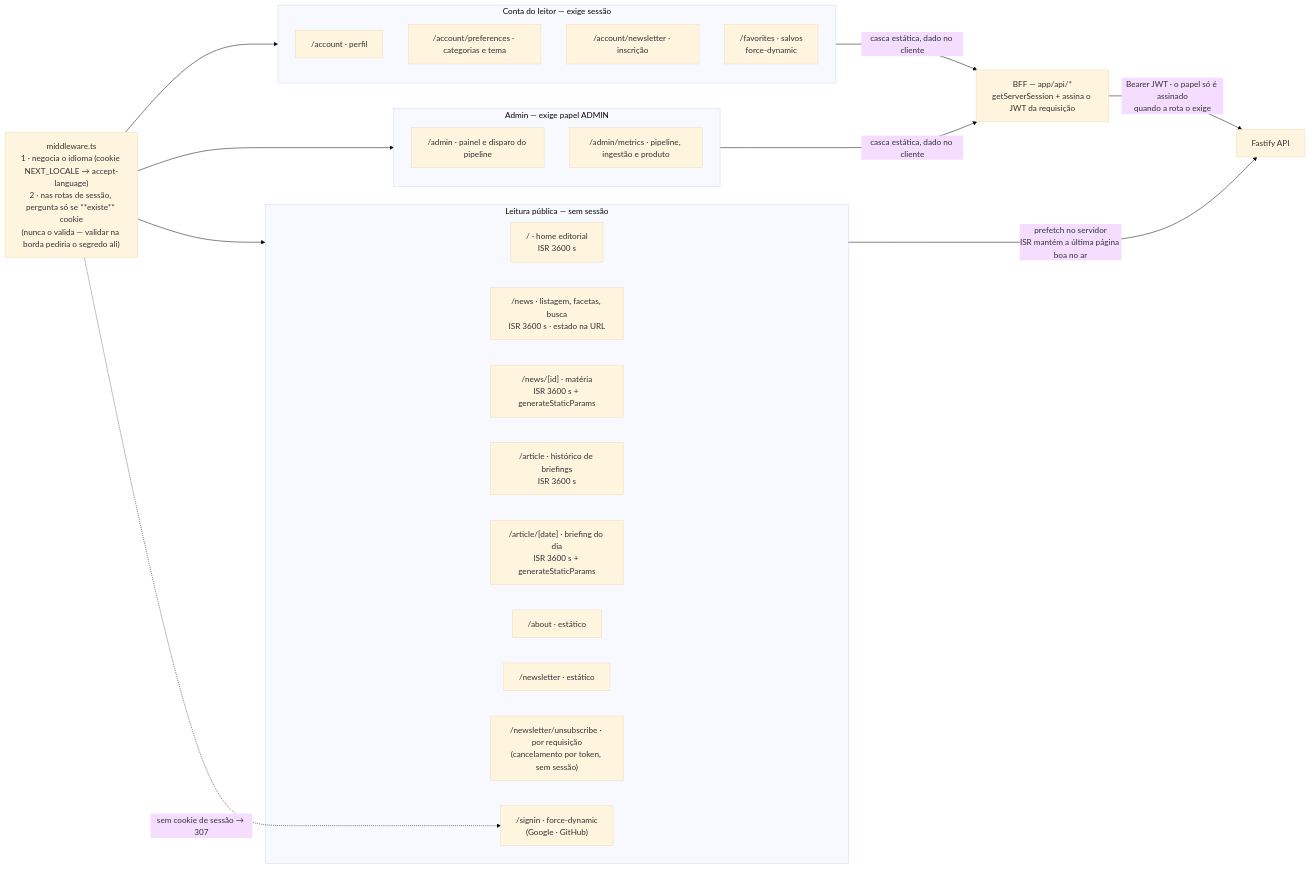
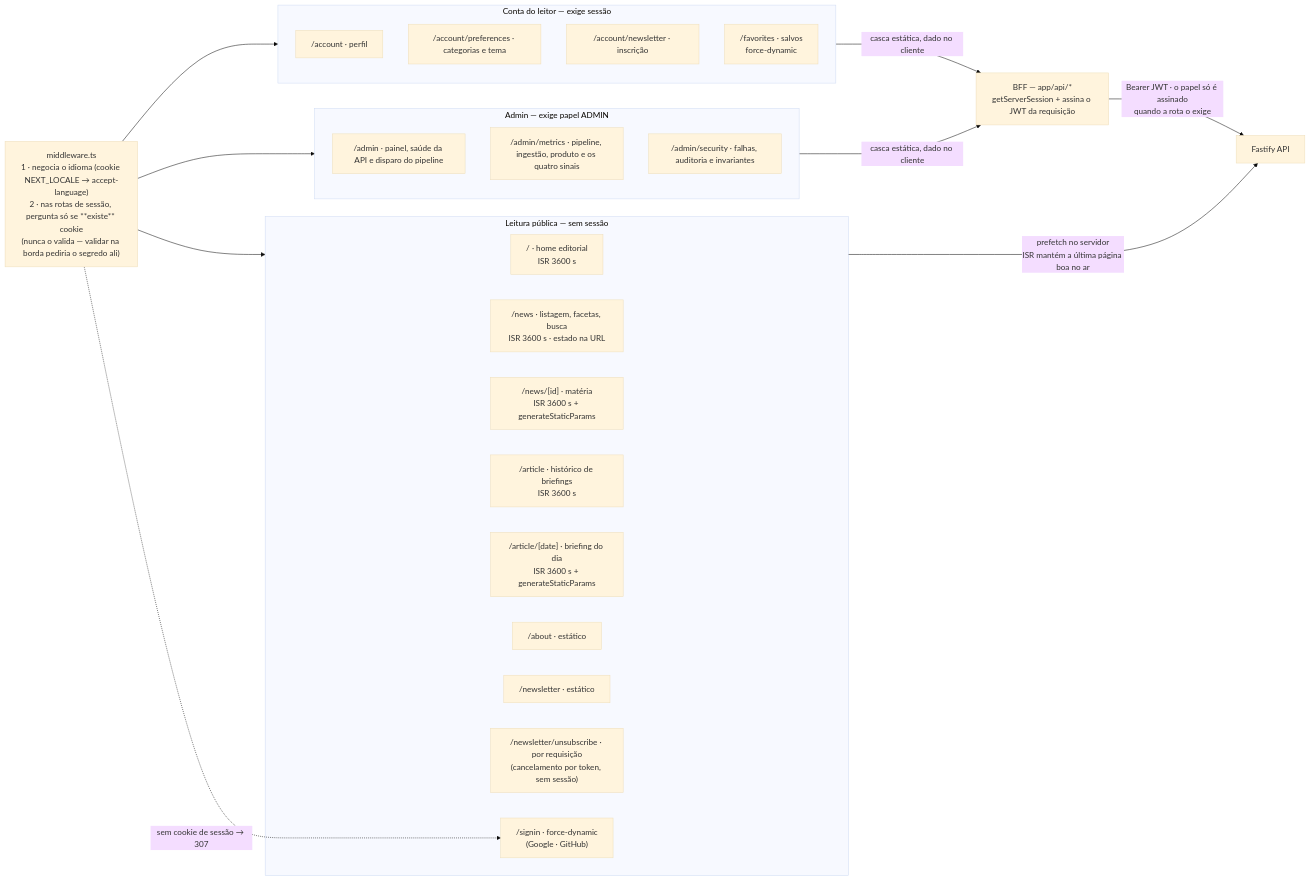
Before and after one commit to tavinholoco/newra-news: the diagram in docs/diagrams/frontend-routes.mermaid, drawn with Mermaid (base theme). The commit also changed 50 other files, not shown here.

```diff
--- a/docs/diagrams/frontend-routes.mermaid
+++ b/docs/diagrams/frontend-routes.mermaid
@@ -1,48 +1,49 @@
 %% Mapa de Rotas do Frontend — Newra News (V2)
 %% ---
 %% Criado em 01/09/2026. Existe porque o diagrama de arquitetura mostrava
 %% quatro rotas quando o produto já tinha quinze, e porque o modo de
 %% renderização de cada uma é decisão de projeto — não detalhe de build.
 %% ---
 %% Toda rota vive sob `app/[locale]`, e o prefixo de idioma está **sempre**
 %% presente (`localePrefix: 'always'`): `/pt-BR/...` e `/en/...`.
 flowchart LR
     MW["middleware.ts<br/>1 · negocia o idioma (cookie NEXT_LOCALE → accept-language)<br/>2 · nas rotas de sessão, pergunta só se **existe** cookie<br/>(nunca o valida — validar na borda pediria o segredo ali)"]
 
     subgraph Leitura["Leitura pública — sem sessão"]
         H["/ · home editorial<br/>ISR 3600 s"]
         N["/news · listagem, facetas, busca<br/>ISR 3600 s · estado na URL"]
         NI["/news/[id] · matéria<br/>ISR 3600 s + generateStaticParams"]
         A["/article · histórico de briefings<br/>ISR 3600 s"]
         AA["/article/[date] · briefing do dia<br/>ISR 3600 s + generateStaticParams"]
         AB["/about · estático"]
         NL["/newsletter · estático"]
         NU["/newsletter/unsubscribe · por requisição<br/>(cancelamento por token, sem sessão)"]
         SI["/signin · force-dynamic<br/>(Google · GitHub)"]
     end
 
     subgraph Conta["Conta do leitor — exige sessão"]
         AC["/account · perfil"]
         AP["/account/preferences · categorias e tema"]
         AN["/account/newsletter · inscrição"]
         FV["/favorites · salvos<br/>force-dynamic"]
     end
 
     subgraph Admin["Admin — exige papel ADMIN"]
-        AD["/admin · painel e disparo do pipeline"]
-        AM["/admin/metrics · pipeline, ingestão e produto"]
+        AD["/admin · painel, saúde da API e disparo do pipeline"]
+        AM["/admin/metrics · pipeline, ingestão, produto e os quatro sinais"]
+        AS["/admin/security · falhas, auditoria e invariantes"]
     end
 
     API["Fastify API"]
     BFF["BFF — app/api/*<br/>getServerSession + assina o JWT da requisição"]
 
     MW --> Leitura
     MW --> Conta
     MW --> Admin
 
     Leitura -->|"prefetch no servidor<br/>ISR mantém a última página boa no ar"| API
     Conta -->|"casca estática, dado no cliente"| BFF
     Admin -->|"casca estática, dado no cliente"| BFF
     BFF -->|"Bearer JWT · o papel só é assinado<br/>quando a rota o exige"| API
 
     MW -.->|"sem cookie de sessão → 307"| SI
```
